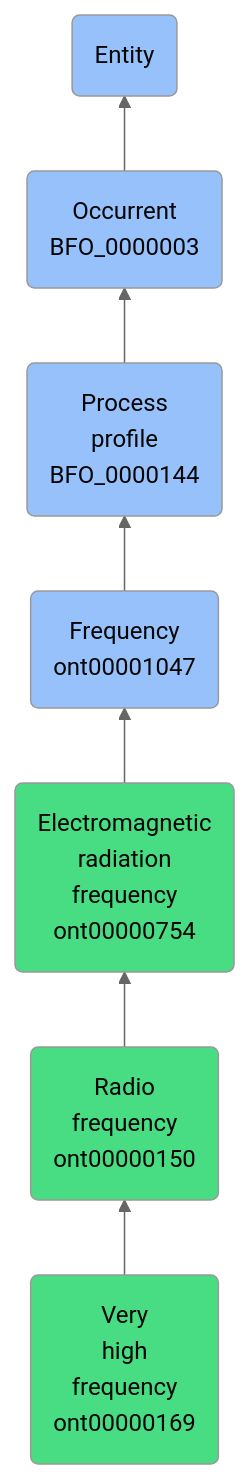
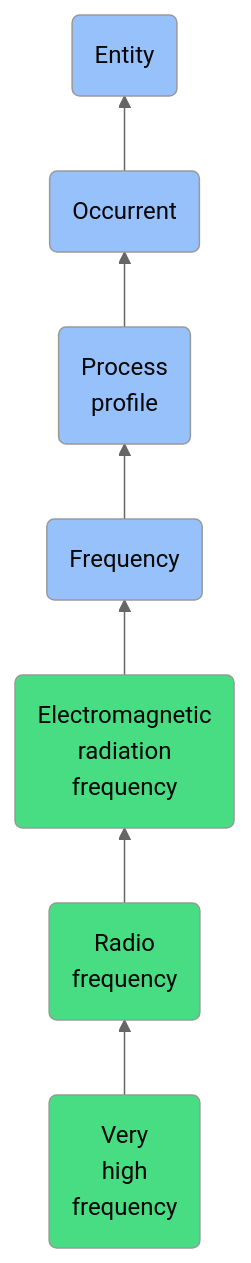
Before and after one commit to jupyter-naas/abi: the diagram in docs/ontology/reference/model/Entity/Occurrent/Process profile/Frequency/Electromagnetic radiation frequency/Radio frequency/Very high frequency/Very high frequency.md, drawn with Mermaid (neutral theme). The commit also changed other lines of this file and 1430 other files, not shown here.

````diff
--- a/docs/ontology/reference/model/Entity/Occurrent/Process profile/Frequency/Electromagnetic radiation frequency/Radio frequency/Very high frequency/Very high frequency.md
+++ b/docs/ontology/reference/model/Entity/Occurrent/Process profile/Frequency/Electromagnetic radiation frequency/Radio frequency/Very high frequency/Very high frequency.md
@@ -24,14 +24,14 @@
 ```mermaid
 graph BT
-    ont00000169(Very<br>high<br>frequency<br>ont00000169):::ABI-->ont00000150
-    ont00000150(Radio<br>frequency<br>ont00000150):::ABI-->ont00000754
-    ont00000754(Electromagnetic<br>radiation<br>frequency<br>ont00000754):::ABI-->ont00001047
-    ont00001047(Frequency<br>ont00001047):::BFO-->BFO_0000144
-    BFO_0000144(Process<br>profile<br>BFO_0000144):::BFO-->BFO_0000003
-    BFO_0000003(Occurrent<br>BFO_0000003):::BFO-->BFO_0000001
+    ont00000169(Very<br>high<br>frequency):::ABI-->ont00000150
+    ont00000150(Radio<br>frequency):::ABI-->ont00000754
+    ont00000754(Electromagnetic<br>radiation<br>frequency):::ABI-->ont00001047
+    ont00001047(Frequency):::BFO-->BFO_0000144
+    BFO_0000144(Process<br>profile):::BFO-->BFO_0000003
+    BFO_0000003(Occurrent):::BFO-->BFO_0000001
     BFO_0000001(Entity):::BFO
     
     classDef BFO fill:#97c1fb,color:#060606
     classDef CCO fill:#e4c51e,color:#060606
     classDef ABI fill:#48DD82,color:#060606
 ```
````
